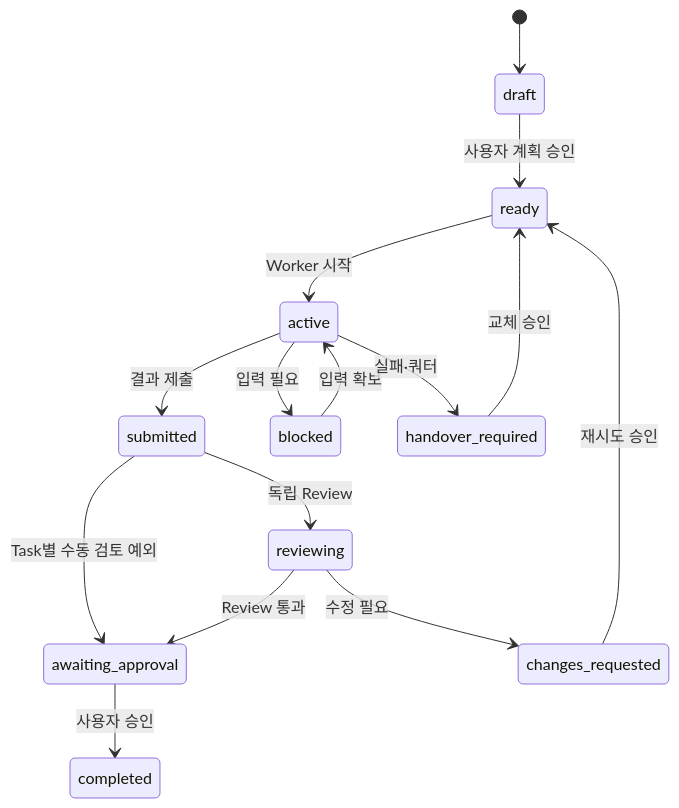
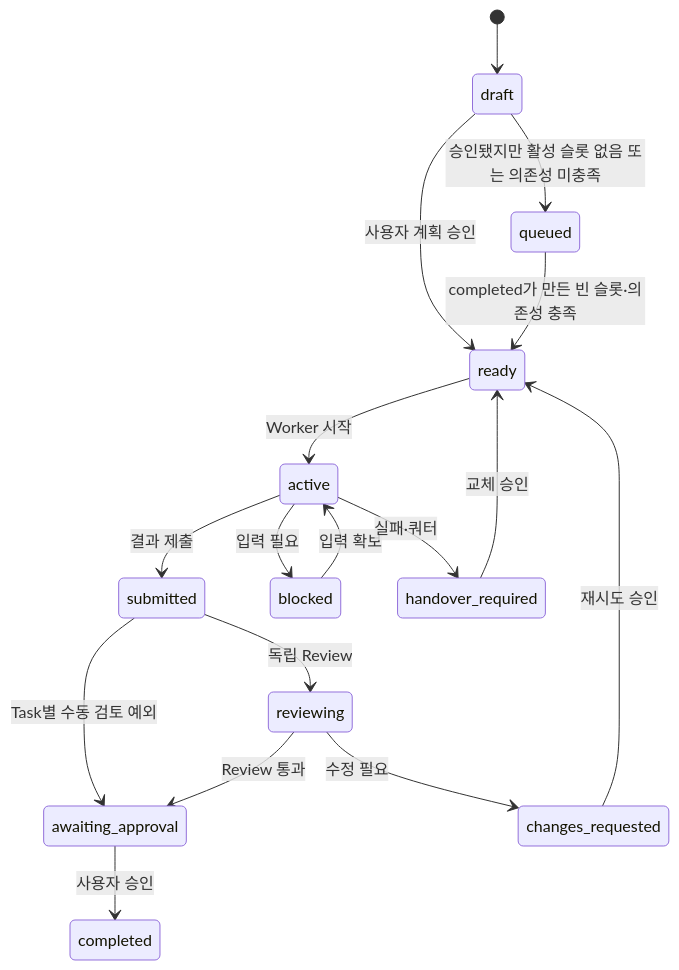
The second of 2 diagrams in ARCHITECTURE.md (skysilver1223/herdr-agent-harness), drawn with Mermaid before and after one commit. The commit also changed other lines of this file and 12 other files, not shown here.

````diff
--- a/ARCHITECTURE.md
+++ b/ARCHITECTURE.md
@@ -66,17 +66,19 @@
 ```mermaid
 stateDiagram-v2
     [*] --> draft
     draft --> ready: 사용자 계획 승인
+    draft --> queued: 승인됐지만 활성 슬롯 없음 또는 의존성 미충족
+    queued --> ready: completed가 만든 빈 슬롯·의존성 충족
     ready --> active: Worker 시작
     active --> submitted: 결과 제출
     active --> blocked: 입력 필요
     blocked --> active: 입력 확보
     active --> handover_required: 실패·쿼터
     submitted --> reviewing: 독립 Review
     submitted --> awaiting_approval: Task별 수동 검토 예외
     reviewing --> changes_requested: 수정 필요
     reviewing --> awaiting_approval: Review 통과
     changes_requested --> ready: 재시도 승인
     handover_required --> ready: 교체 승인
     awaiting_approval --> completed: 사용자 승인
 ```
````
